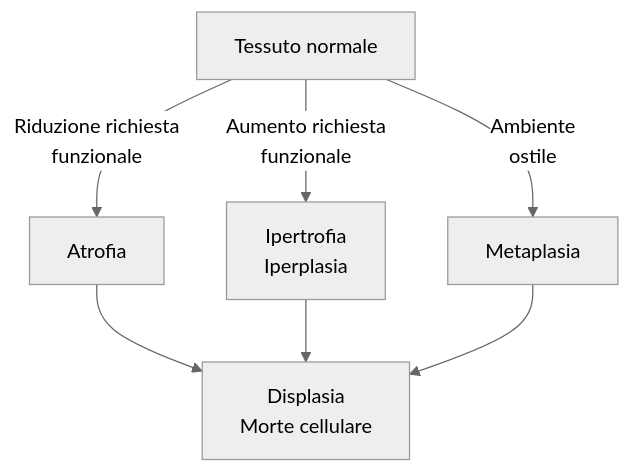
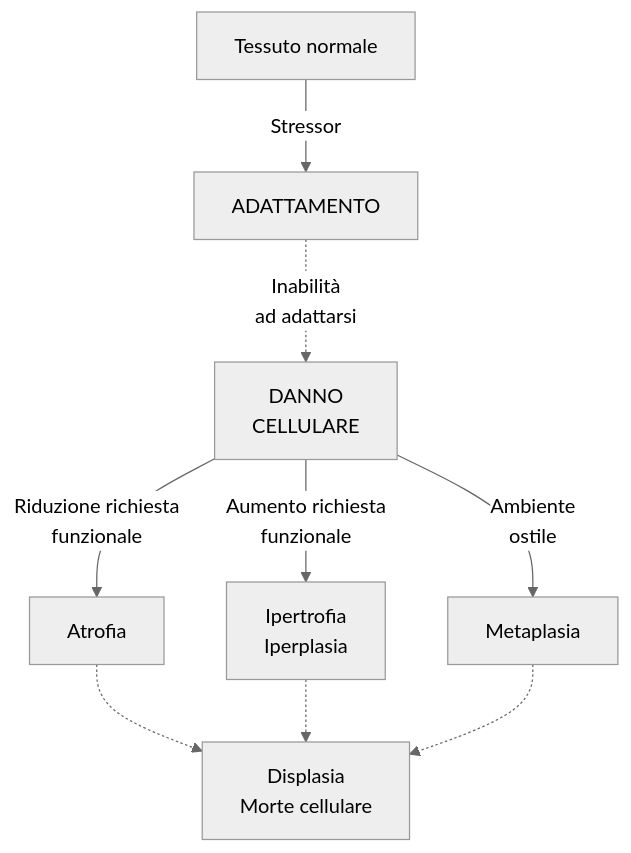
One commit to evicinelli/Med-Notes changed the diagram in Med3/patologia-generale/01-patologia-cellulare-extracellulare.md. Above: the diagram before and after it, drawn with Mermaid (neutral theme). The commit also changed other lines of this file and 24 other files, not shown here.

````diff
--- a/Med3/patologia-generale/01-patologia-cellulare-extracellulare.md
+++ b/Med3/patologia-generale/01-patologia-cellulare-extracellulare.md
@@ -31,6 +21,7 @@
 ```mermaid
 flowchart TB
-	okt[Tessuto normale] -- Riduzione richiesta \n funzionale --> atrofia[Atrofia] --> apoptosi[Displasia \n Morte cellulare]
-	okt -- Aumento richiesta\n funzionale -->iper[Ipertrofia\n Iperplasia] --> apoptosi
-	okt -- Ambiente\nostile -->metaplasia[Metaplasia] --> apoptosi
+	okt[Tessuto normale] -- Stressor --> ad[ADATTAMENTO] .->|"Inabilità \n ad adattarsi"| danno["DANNO \n CELLULARE"]
+	danno -- Riduzione richiesta \n funzionale --> atrofia[Atrofia] .-> apoptosi[Displasia \n Morte cellulare]
+	danno -- Aumento richiesta\n funzionale -->iper[Ipertrofia\n Iperplasia] .-> apoptosi
+	danno -- Ambiente\nostile -->metaplasia[Metaplasia] .-> apoptosi
 ```
````
